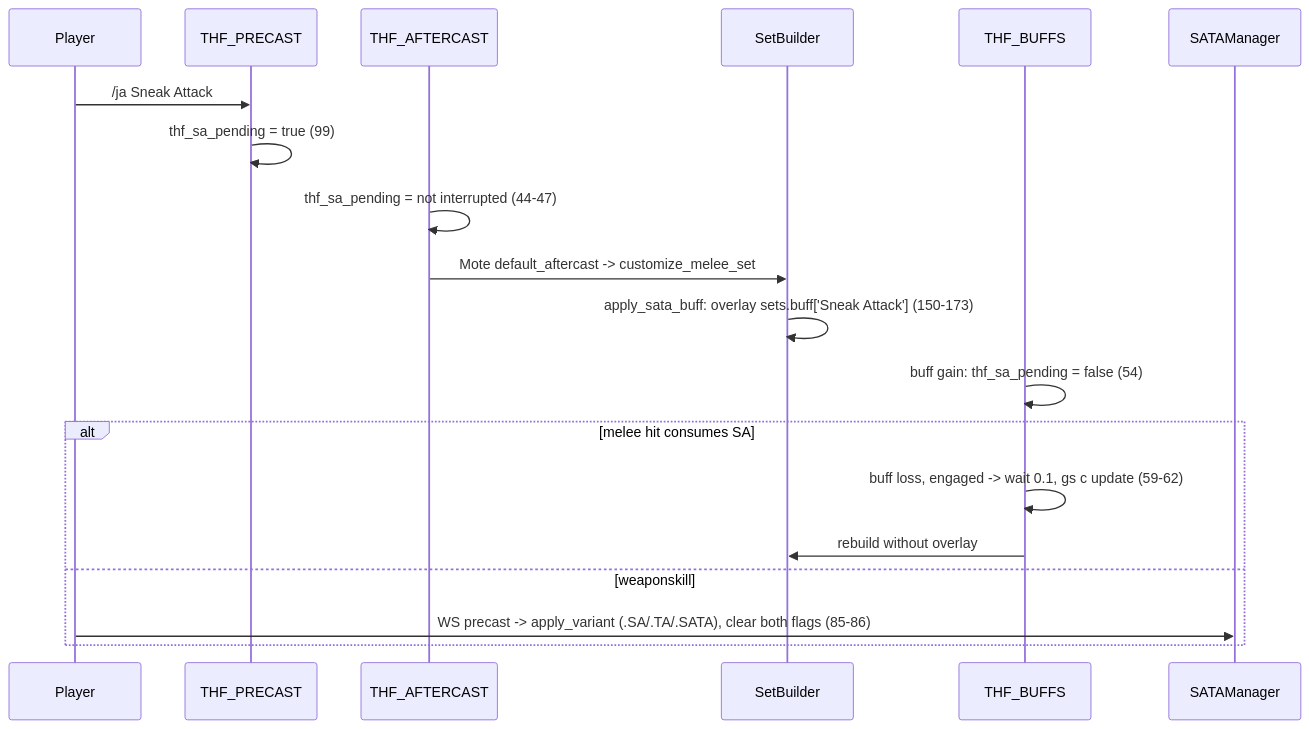
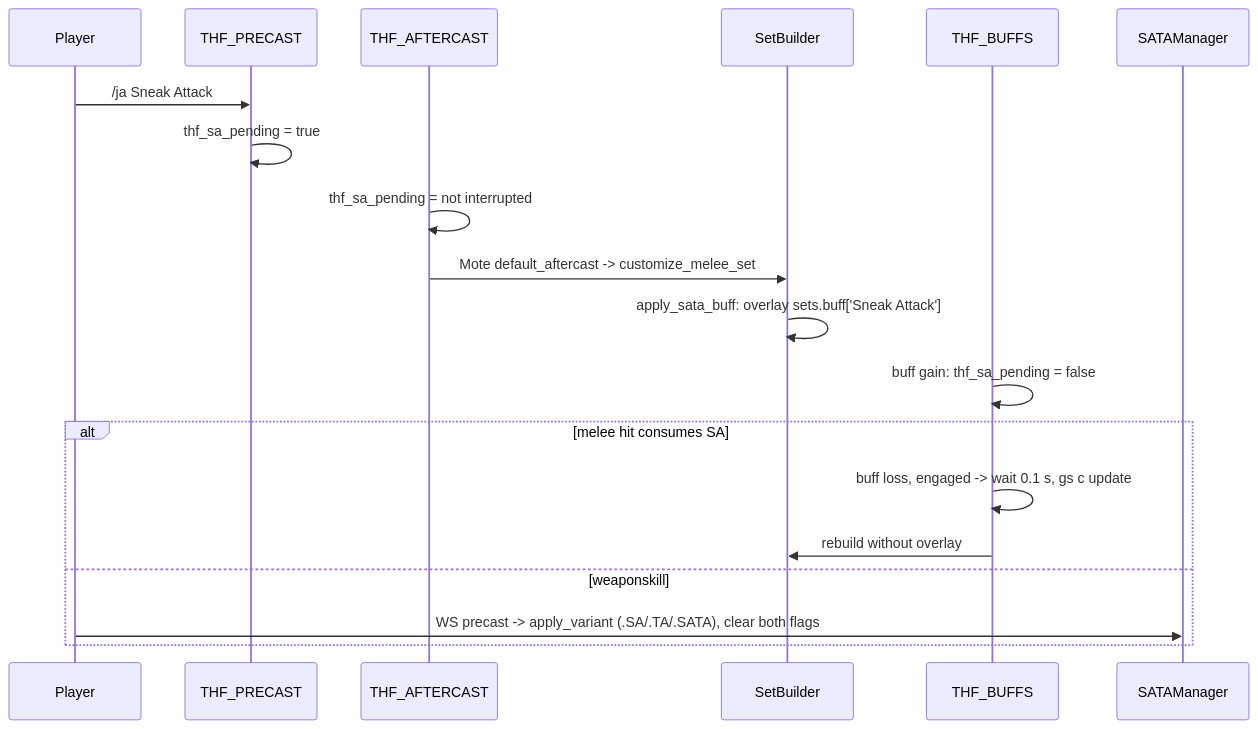
One commit to ejouanchicot/Gearswap changed the third of 3 diagrams in docs/dev/jobs/thf.md. Above: the diagram before and after it, drawn with Mermaid. The commit also changed other lines of this file and 9 other files, not shown here.

````diff
--- a/docs/dev/jobs/thf.md
+++ b/docs/dev/jobs/thf.md
@@ -184,21 +191,21 @@
 ```mermaid
 sequenceDiagram
     participant U as Player
     participant P as THF_PRECAST
     participant A as THF_AFTERCAST
     participant S as SetBuilder
     participant B as THF_BUFFS
     participant W as SATAManager
     U->>P: /ja Sneak Attack
-    P->>P: thf_sa_pending = true (99)
-    A->>A: thf_sa_pending = not interrupted (44-47)
+    P->>P: thf_sa_pending = true
+    A->>A: thf_sa_pending = not interrupted
     A->>S: Mote default_aftercast -> customize_melee_set
-    S->>S: apply_sata_buff: overlay sets.buff['Sneak Attack'] (150-173)
-    B->>B: buff gain: thf_sa_pending = false (54)
+    S->>S: apply_sata_buff: overlay sets.buff['Sneak Attack']
+    B->>B: buff gain: thf_sa_pending = false
     alt melee hit consumes SA
-        B->>B: buff loss, engaged -> wait 0.1, gs c update (59-62)
+        B->>B: buff loss, engaged -> wait 0.1 s, gs c update
         B->>S: rebuild without overlay
     else weaponskill
-        U->>W: WS precast -> apply_variant (.SA/.TA/.SATA), clear both flags (85-86)
+        U->>W: WS precast -> apply_variant (.SA/.TA/.SATA), clear both flags
     end
 ```
````
